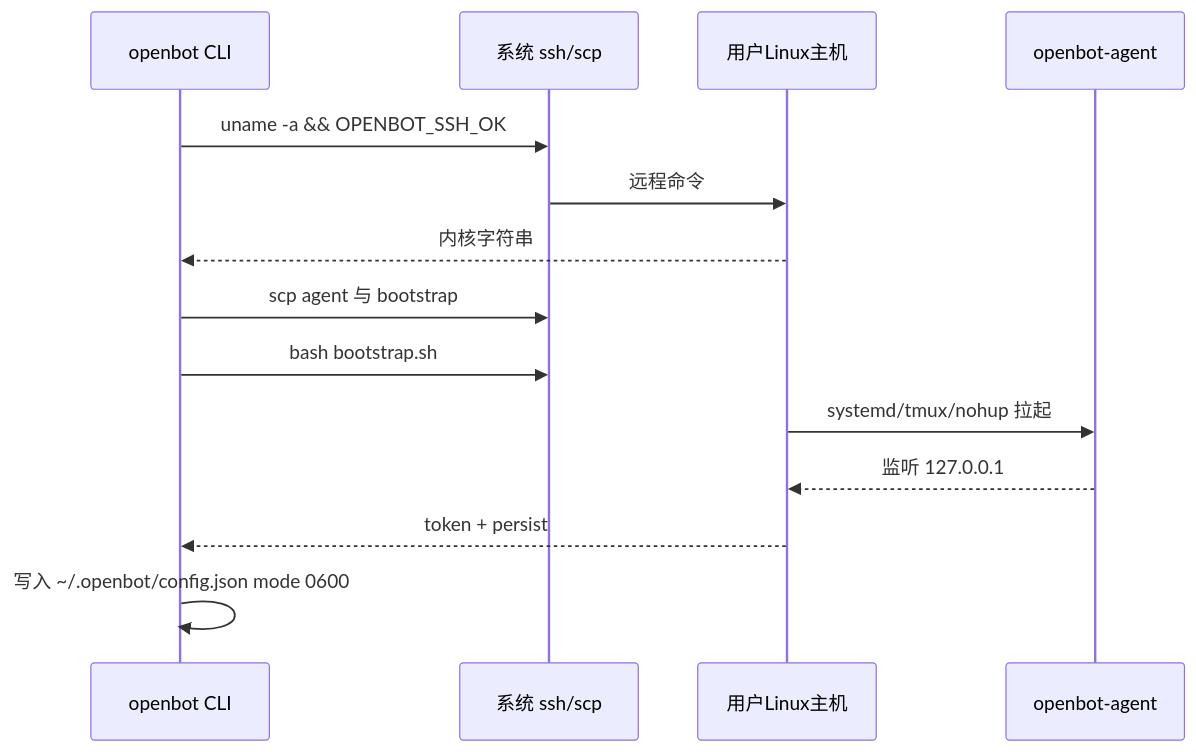
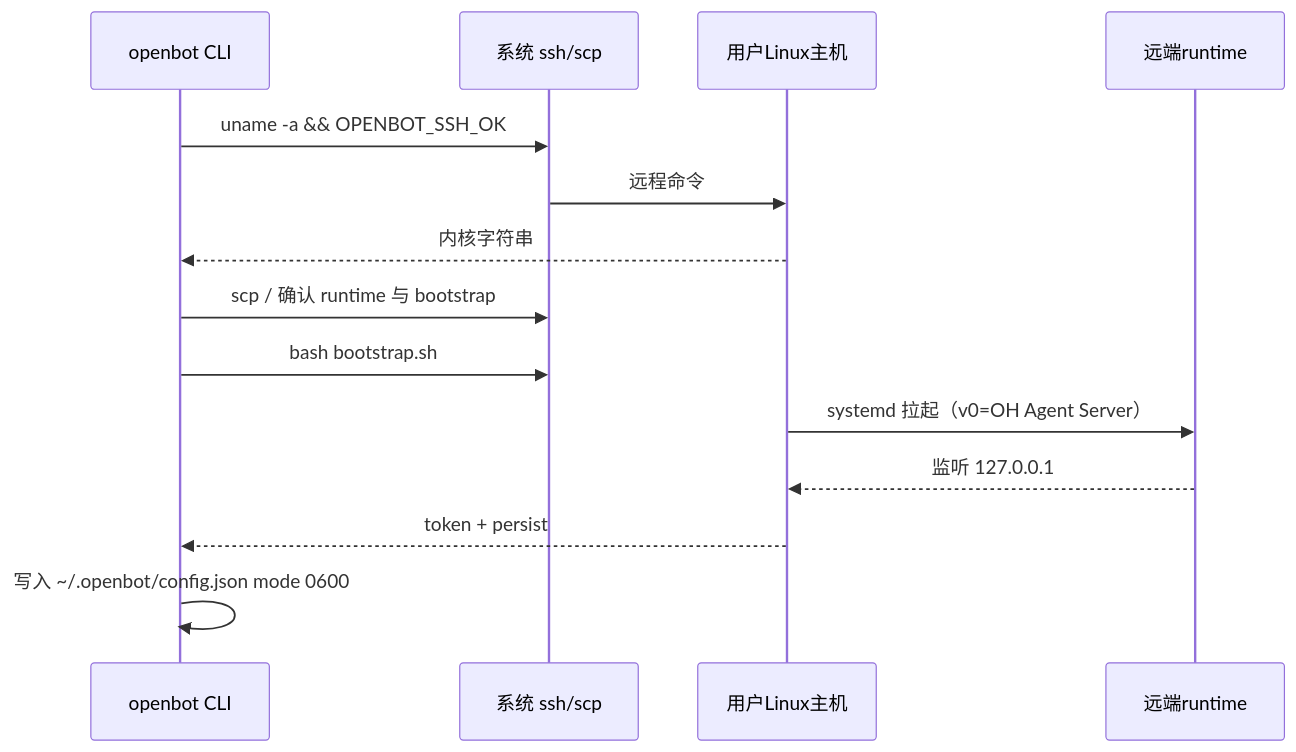
The second of 4 diagrams in docs/openbot-mvp/03-architecture/architecture.md (BiuBiuHu/OpenBot), drawn with Mermaid before and after one commit. The commit also changed other lines of this file and 13 other files, not shown here.

First line of the commit message:
docs: 锁定 v0 远端 runtime 为 OpenHands Agent Server

````diff
--- a/docs/openbot-mvp/03-architecture/architecture.md
+++ b/docs/openbot-mvp/03-architecture/architecture.md
@@ -211,16 +215,16 @@
 ```mermaid
 sequenceDiagram
   participant CLI as openbot CLI
   participant SSH as 系统 ssh/scp
   participant Host as 用户Linux主机
-  participant A as openbot-agent
+  participant A as 远端runtime
   CLI->>SSH: uname -a && OPENBOT_SSH_OK
   SSH->>Host: 远程命令
   Host-->>CLI: 内核字符串
-  CLI->>SSH: scp agent 与 bootstrap
+  CLI->>SSH: scp / 确认 runtime 与 bootstrap
   CLI->>SSH: bash bootstrap.sh
-  Host->>A: systemd/tmux/nohup 拉起
+  Host->>A: systemd 拉起（v0=OH Agent Server）
   A-->>Host: 监听 127.0.0.1
   Host-->>CLI: token + persist
   CLI->>CLI: 写入 ~/.openbot/config.json mode 0600
 ```
````
